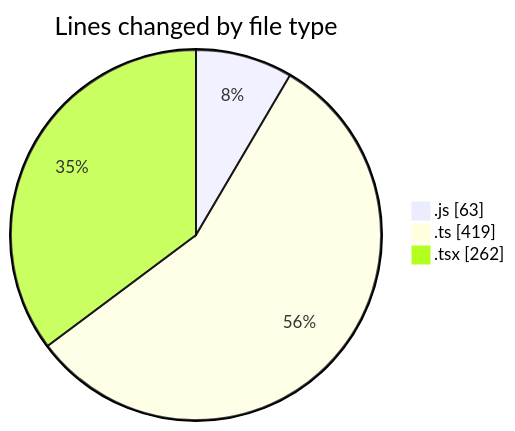
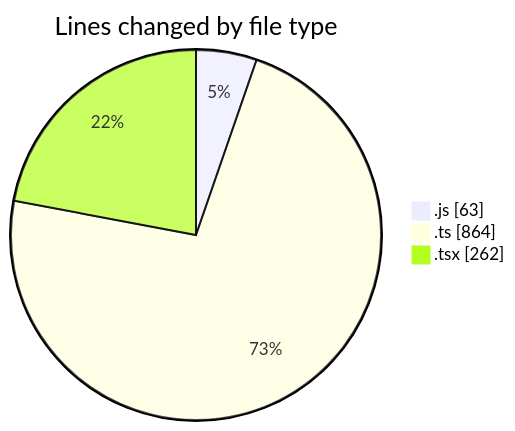
The first of 2 diagrams in 2026-08-04/cda/README.md (momahboobian/code-tracking), drawn with Mermaid before and after one commit. The commit also changed other lines of this file and 1 other file, not shown here.

````diff
--- a/2026-08-04/cda/README.md
+++ b/2026-08-04/cda/README.md
@@ -27,7 +28,7 @@
 ```mermaid
 pie showData
 title Lines changed by file type
 ".js" : 63
-".ts" : 419
+".ts" : 864
 ".tsx" : 262
 ```
````
